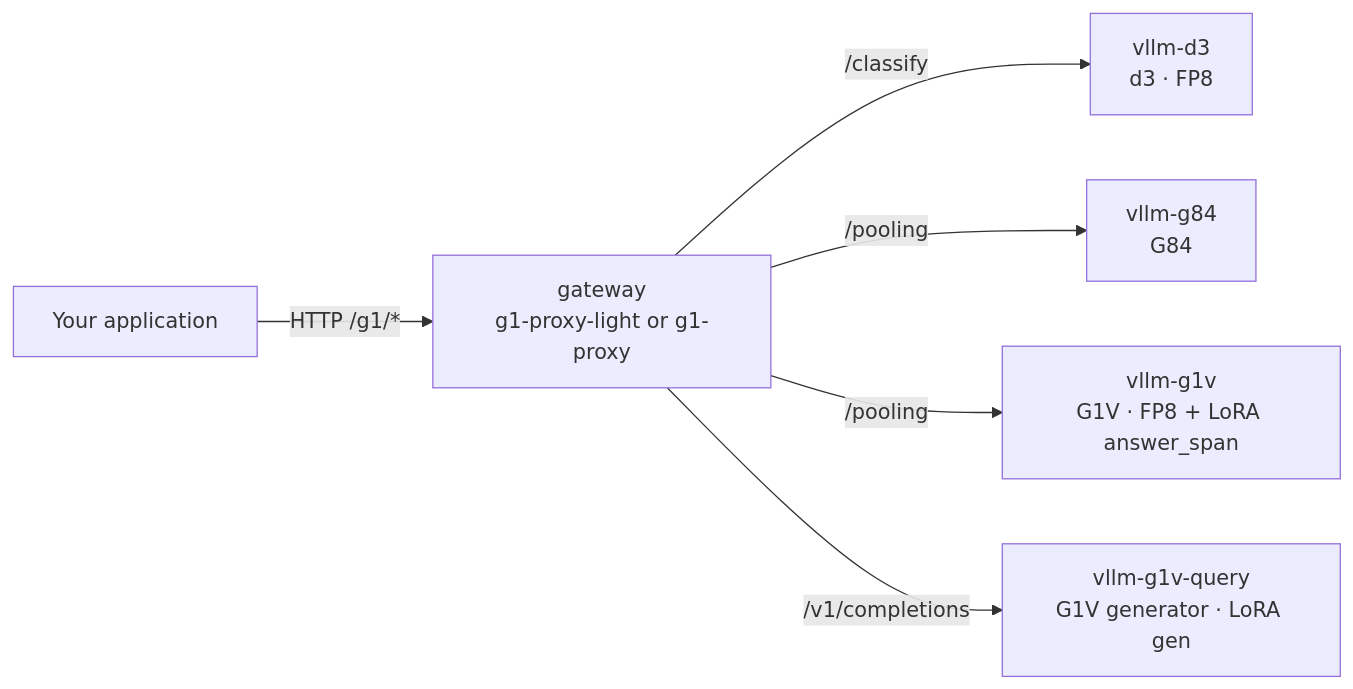
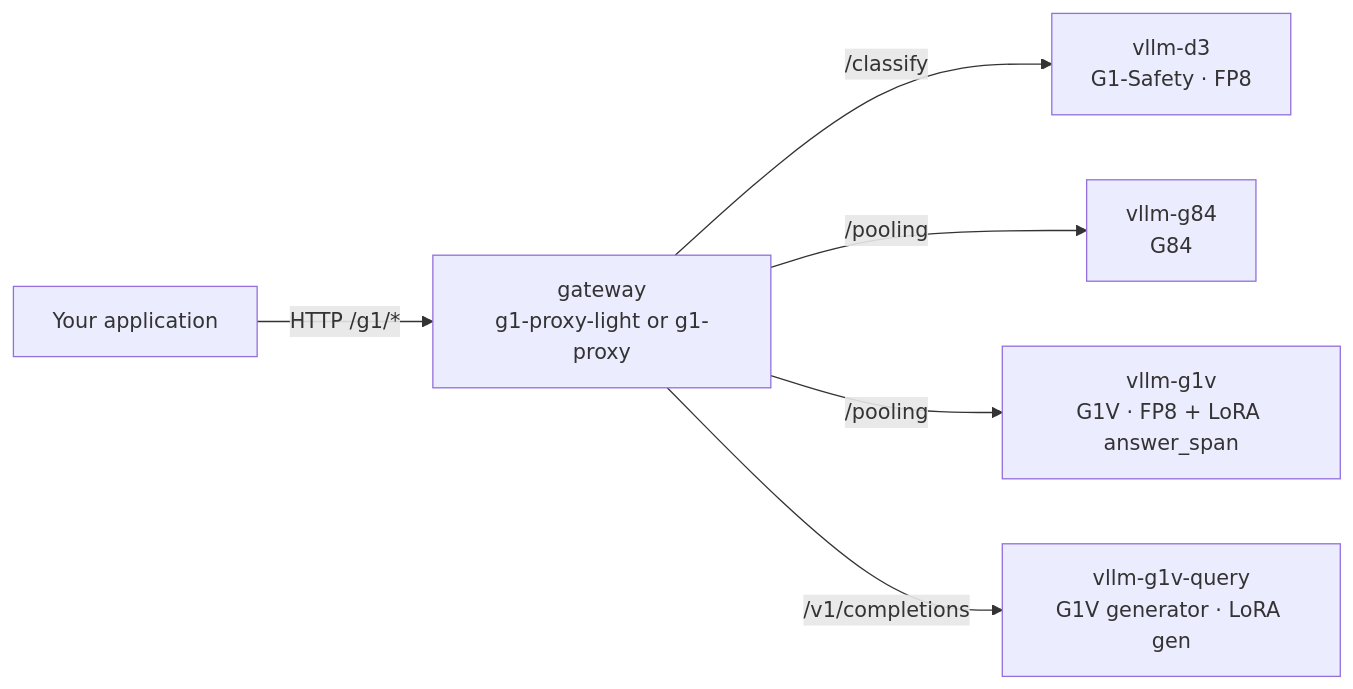
One commit to geodesia-ai/geodesia-docs changed the diagram in docs/g1-proxy/vllm-stack.md. Above: the diagram before and after it, drawn with Mermaid. The commit also changed other lines of this file and 8 other files, not shown here.

````diff
--- a/docs/g1-proxy/vllm-stack.md
+++ b/docs/g1-proxy/vllm-stack.md
@@ -31,8 +31,8 @@
 ```mermaid
 flowchart LR
   C[Your application] -->|HTTP /g1/*| GW[gateway<br/>g1-proxy-light or g1-proxy]
-  GW -->|/classify| D3[vllm-d3<br/>d3 · FP8]
+  GW -->|/classify| D3[vllm-d3<br/>G1-Safety · FP8]
   GW -->|/pooling| G84[vllm-g84<br/>G84]
   GW -->|/pooling| G1V[vllm-g1v<br/>G1V · FP8 + LoRA answer_span]
   GW -->|/v1/completions| Q[vllm-g1v-query<br/>G1V generator · LoRA gen]
 ```
````
